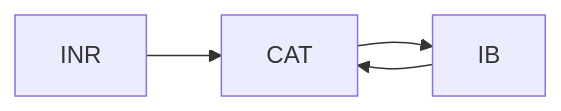
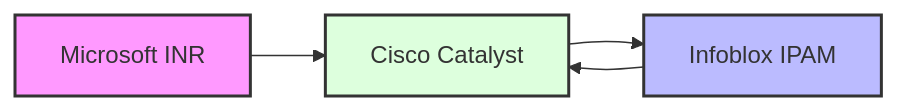
The diagram in docs/unified_architecture_v1.0.md (WhalerMike/uiao), drawn with Mermaid before and after one commit. The commit also changed 11 other files, not shown here.

````diff
--- a/docs/unified_architecture_v1.0.md
+++ b/docs/unified_architecture_v1.0.md
@@ -21,15 +21,21 @@
 ```mermaid
 graph LR
     %% Define Classes based on UIAO Pillars
     classDef identity fill:#f9f,stroke:#333,stroke-width:2px;
     classDef addressing fill:#bbf,stroke:#333,stroke-width:2px;
     classDef overlay fill:#dfd,stroke:#333,stroke-width:2px;
 
     %% Dynamically generate nodes from program.yml
     
+    INR["Microsoft INR"]:::identity
+    
+    IB["Infoblox IPAM"]:::addressing
+    
+    CAT["Cisco Catalyst"]:::overlay
+    
 
     %% Static Logic Connections (The Unified Fabric)
     INR --> CAT
     IB --> CAT
     CAT --> IB
 ```
````
